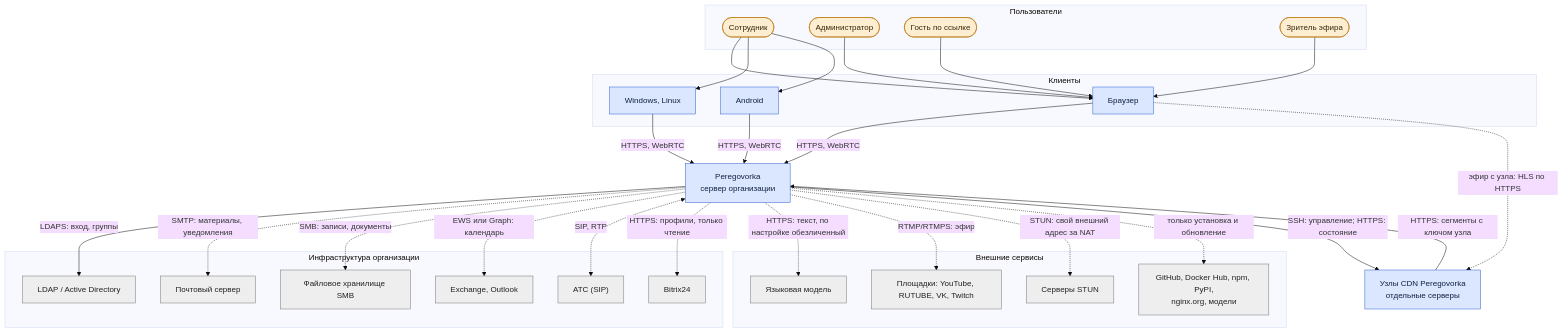
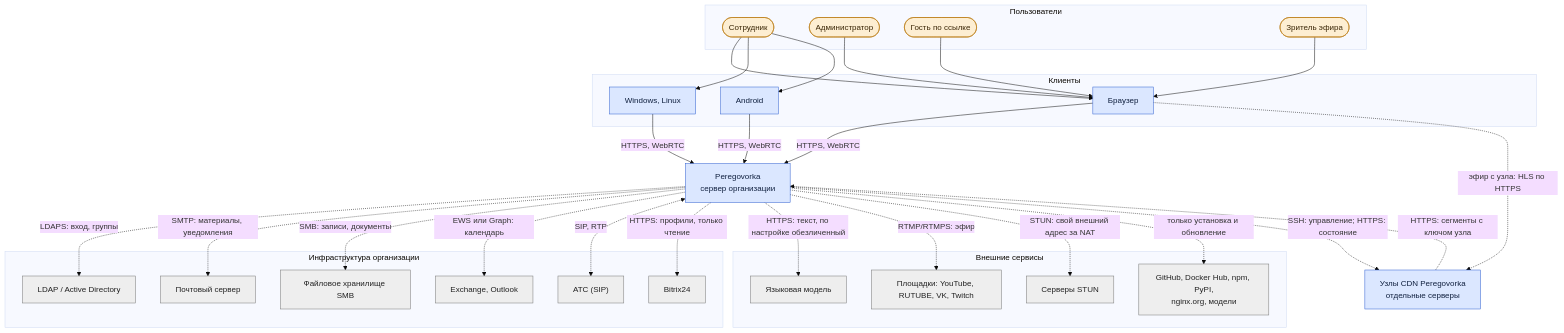
The first of 2 diagrams in wiki/Архитектура-Контекст-и-контейнеры.md (calleograph/peregovorka), drawn with Mermaid (base theme) before and after one commit. The commit also changed other lines of this file and 73 other files, not shown here.

````diff
--- a/wiki/Архитектура-Контекст-и-контейнеры.md
+++ b/wiki/Архитектура-Контекст-и-контейнеры.md
@@ -9,51 +9,51 @@
 ```mermaid
 flowchart TB
   subgraph U["Пользователи"]
     EMP(["Сотрудник"]):::person
     ADM(["Администратор"]):::person
     GST(["Гость по ссылке"]):::person
     VW(["Зритель эфира"]):::person
   end
   subgraph C["Клиенты"]
     BR["Браузер"]:::own
     WIN["Windows, Linux"]:::own
     AND["Android"]:::own
   end
   PG["Peregovorka<br/>сервер организации"]:::own
   subgraph IN["Инфраструктура организации"]
     AD["LDAP / Active Directory"]:::ext
     SMTP["Почтовый сервер"]:::ext
     SMB["Файловое хранилище SMB"]:::ext
     EX["Exchange, Outlook"]:::ext
     PBX["АТС (SIP)"]:::ext
     BX["Bitrix24"]:::ext
   end
   subgraph OUT["Внешние сервисы"]
     LLM["Языковая модель"]:::ext
     RT["Площадки: YouTube, RUTUBE, VK, Twitch"]:::ext
     STUN["Серверы STUN"]:::ext
     SRC["GitHub, Docker Hub, npm, PyPI,<br/>nginx.org, модели"]:::ext
   end
   CDN["Узлы CDN Peregovorka<br/>отдельные серверы"]:::own
   EMP --> BR & WIN & AND
   ADM --> BR
   GST --> BR
   VW --> BR
   BR & WIN & AND -->|"HTTPS, WebRTC"| PG
   BR -.->|"эфир с узла: HLS по HTTPS"| CDN
-  PG -->|"LDAPS: вход, группы"| AD
+  PG -.->|"LDAPS: вход, группы"| AD
   PG -.->|"SMTP: материалы, уведомления"| SMTP
   PG -.->|"SMB: записи, документы"| SMB
   PG -.->|"EWS или Graph: календарь"| EX
   PG <-.->|"SIP, RTP"| PBX
   PG -.->|"HTTPS: профили, только чтение"| BX
   PG -.->|"HTTPS: текст, по настройке обезличенный"| LLM
   PG -.->|"RTMP/RTMPS: эфир"| RT
   PG -.->|"STUN: свой внешний адрес за NAT"| STUN
   PG -.->|"только установка и обновление"| SRC
-  PG -->|"SSH: управление; HTTPS: состояние"| CDN
-  CDN -->|"HTTPS: сегменты с ключом узла"| PG
+  PG -.->|"SSH: управление; HTTPS: состояние"| CDN
+  CDN -.->|"HTTPS: сегменты с ключом узла"| PG
   classDef own fill:#dbe7ff,stroke:#2f5fd0,color:#10203f
   classDef ext fill:#eee,stroke:#777,color:#222
   classDef person fill:#fdeed2,stroke:#b9770e,color:#3a2606
 ```
````
